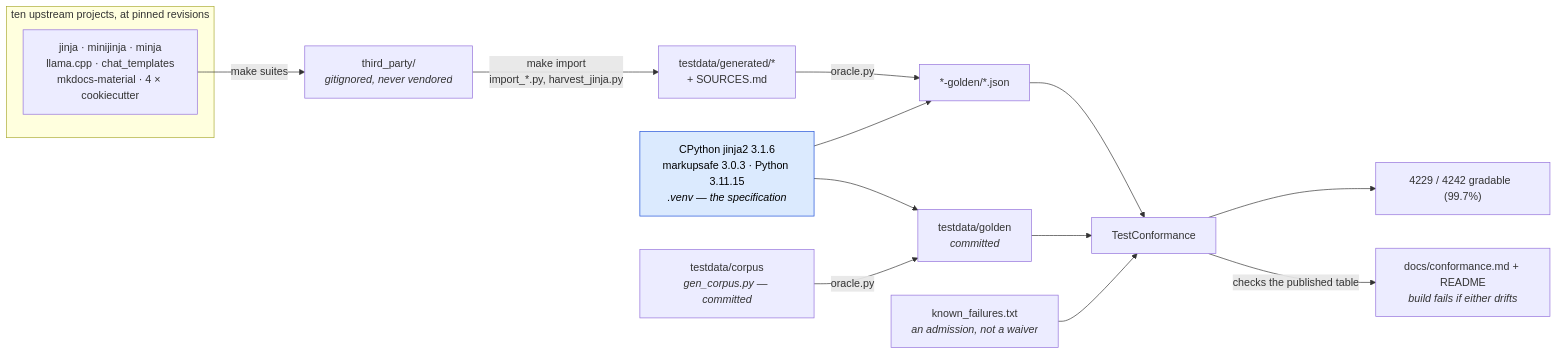
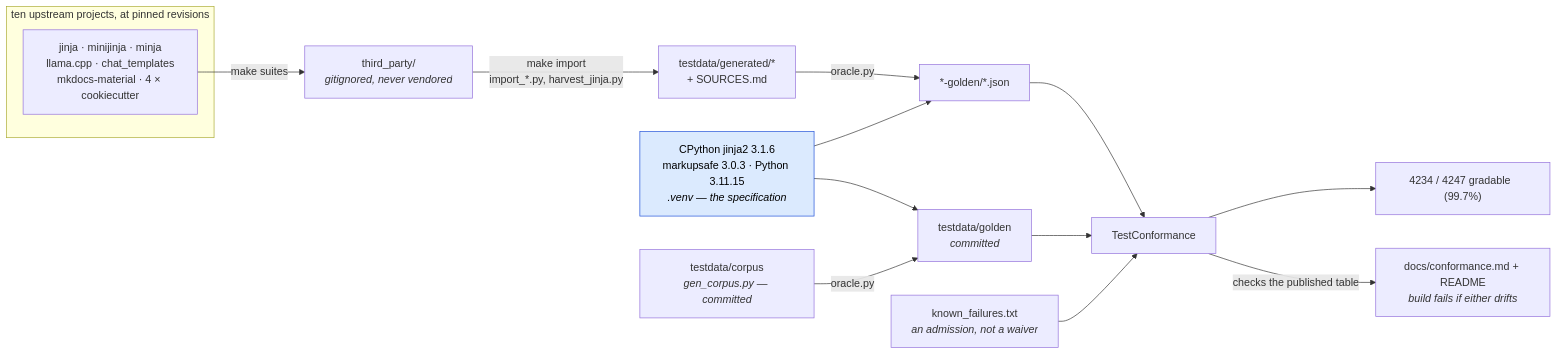
Before and after one commit to mgilbir/gojja2: the first of 2 diagrams in docs/conformance.md, drawn with Mermaid. The commit also changed other lines of this file and 21 other files, not shown here.

````diff
--- a/docs/conformance.md
+++ b/docs/conformance.md
@@ -17,24 +17,24 @@
 ```mermaid
 flowchart LR
     subgraph up["ten upstream projects, at pinned revisions"]
         U1["jinja · minijinja · minja<br/>llama.cpp · chat_templates<br/>mkdocs-material · 4 × cookiecutter"]
     end
     U1 -->|"make suites"| TP["third_party/<br/><i>gitignored, never vendored</i>"]
     TP -->|"make import<br/>import_*.py, harvest_jinja.py"| GEN["testdata/generated/*<br/>+ SOURCES.md"]
 
     ORA["CPython jinja2 3.1.6<br/>markupsafe 3.0.3 · Python 3.11.15<br/><i>.venv — the specification</i>"]
     GEN -->|"oracle.py"| G2["*-golden/*.json"]
     ORA --> G2
 
     OWN["testdata/corpus<br/><i>gen_corpus.py — committed</i>"] -->|"oracle.py"| G1["testdata/golden<br/><i>committed</i>"]
     ORA --> G1
 
     G1 --> TC["TestConformance"]
     G2 --> TC
     KF["known_failures.txt<br/><i>an admission, not a waiver</i>"] --> TC
-    TC --> RATE["4229 / 4242 gradable  (99.7%)"]
+    TC --> RATE["4234 / 4247 gradable  (99.7%)"]
     TC -->|"checks the published table"| RM["docs/conformance.md + README<br/><i>build fails if either drifts</i>"]
 
     classDef spec fill:#dbeafe,stroke:#1d4ed8,color:#000
     class ORA spec
 ```
````
